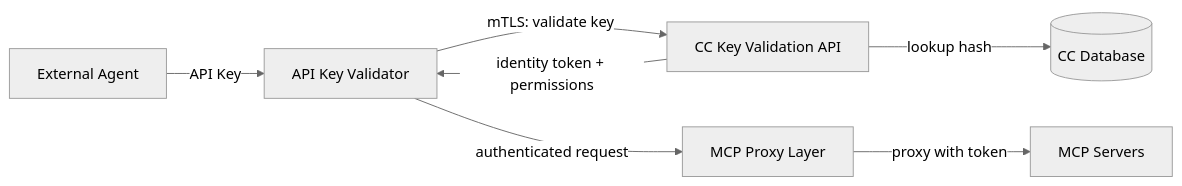
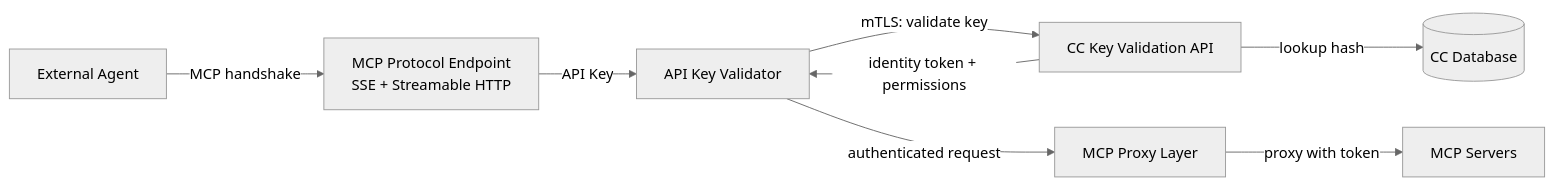
One commit to hurungang/parthenon changed the fourth of 4 diagrams in docs/master/architecture/modules/communication-hub/architecture.md. Above: the diagram before and after it, drawn with Mermaid (neutral theme). The commit also changed other lines of this file and 150 other files, not shown here.

Commit message:
feat: expose communication hub as mcp with api key

````diff
--- a/docs/master/architecture/modules/communication-hub/architecture.md
+++ b/docs/master/architecture/modules/communication-hub/architecture.md
@@ -98,16 +98,18 @@
 ```mermaid
 flowchart LR
     EA[External Agent]
+    MCPEP[MCP Protocol Endpoint<br/>SSE + Streamable HTTP]
     AKV[API Key Validator]
     CC_VAL[CC Key Validation API]
     CC_DB[(CC Database)]
     CH_PROXY[MCP Proxy Layer]
     MCP[MCP Servers]
 
-    EA -->|API Key| AKV
+    EA -->|MCP handshake| MCPEP
+    MCPEP -->|API Key| AKV
     AKV -->|mTLS: validate key| CC_VAL
     CC_VAL -->|lookup hash| CC_DB
     CC_VAL -->|identity token + permissions| AKV
     AKV -->|authenticated request| CH_PROXY
     CH_PROXY -->|proxy with token| MCP
 ```
````
